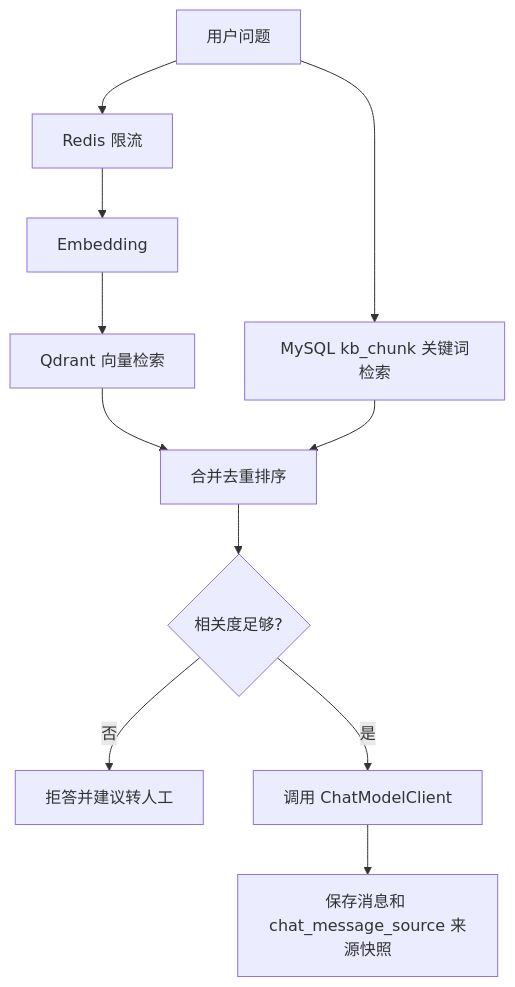
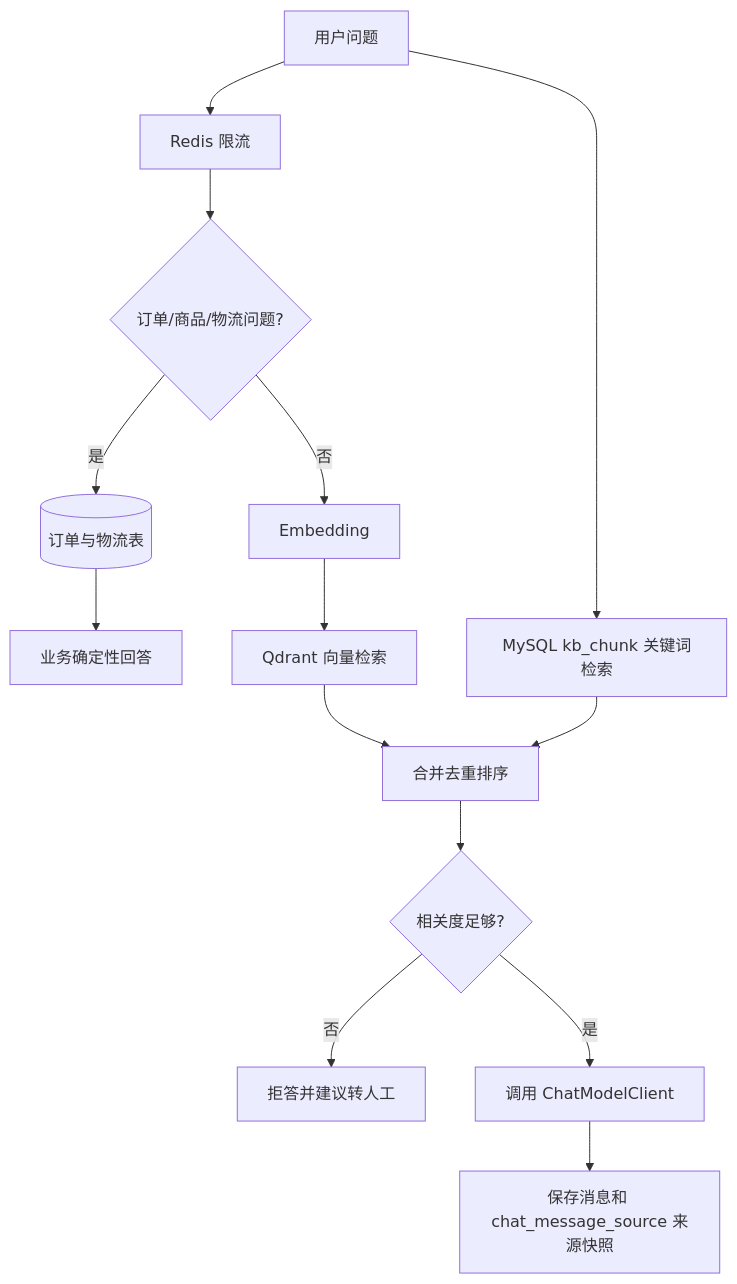
Before and after one commit to feifeifeiyangyangyang/Smart-Support-System: the fourth of 5 diagrams in README.md, drawn with Mermaid. The commit also changed other lines of this file and 25 other files, not shown here.

````diff
--- a/README.md
+++ b/README.md
@@ -76,13 +77,16 @@
 ```mermaid
 flowchart TD
   Q[用户问题] --> RL[Redis 限流]
-  RL --> E[Embedding]
+  RL --> Biz{订单/商品/物流问题?}
+  Biz -- 是 --> OrderDB[(订单与物流表)]
+  OrderDB --> BizAnswer[业务确定性回答]
+  Biz -- 否 --> E[Embedding]
   E --> VS[Qdrant 向量检索]
   Q --> KS[MySQL kb_chunk 关键词检索]
   VS --> Merge[合并去重排序]
   KS --> Merge
   Merge --> Check{相关度足够?}
   Check -- 否 --> Human[拒答并建议转人工]
   Check -- 是 --> LLM[调用 ChatModelClient]
   LLM --> Save[保存消息和 chat_message_source 来源快照]
 ```
````
